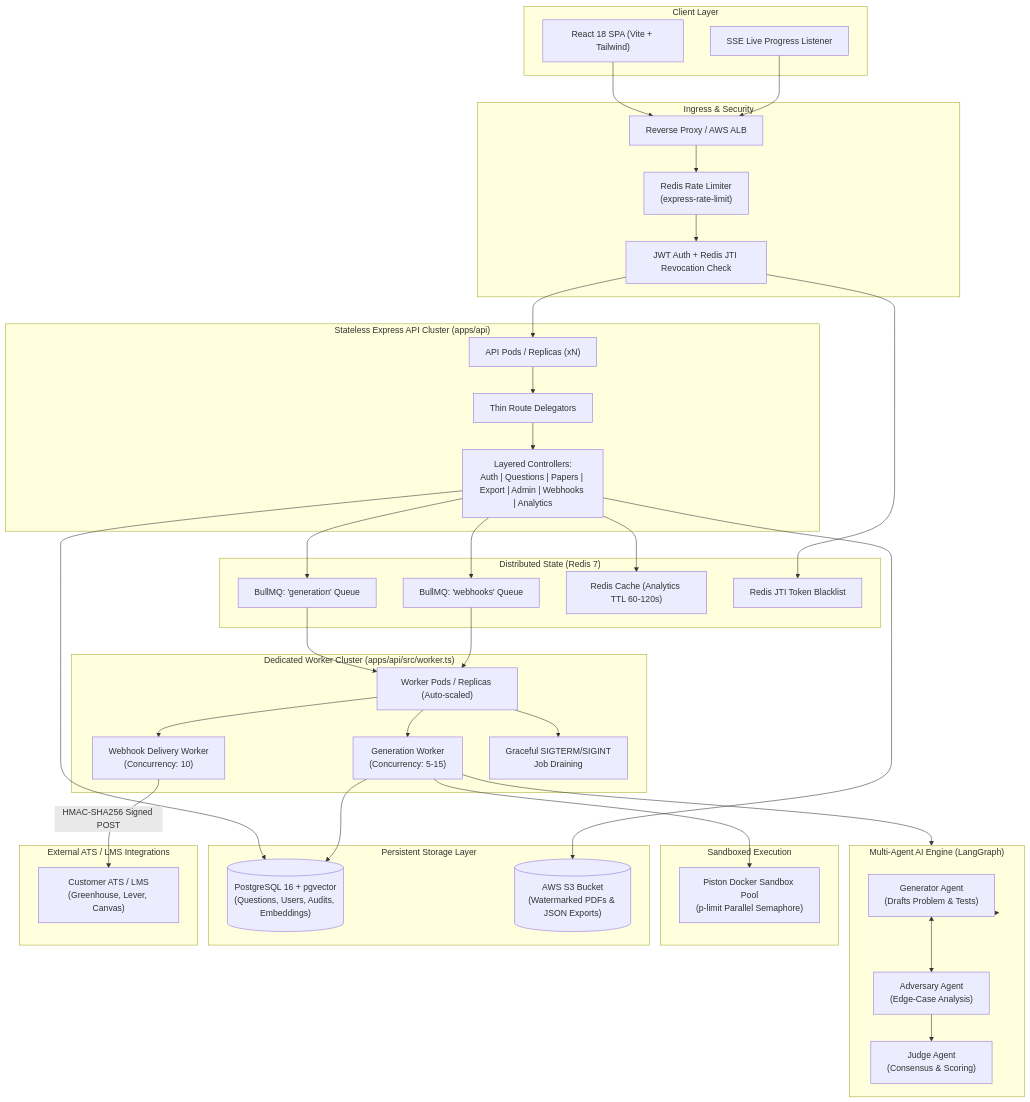
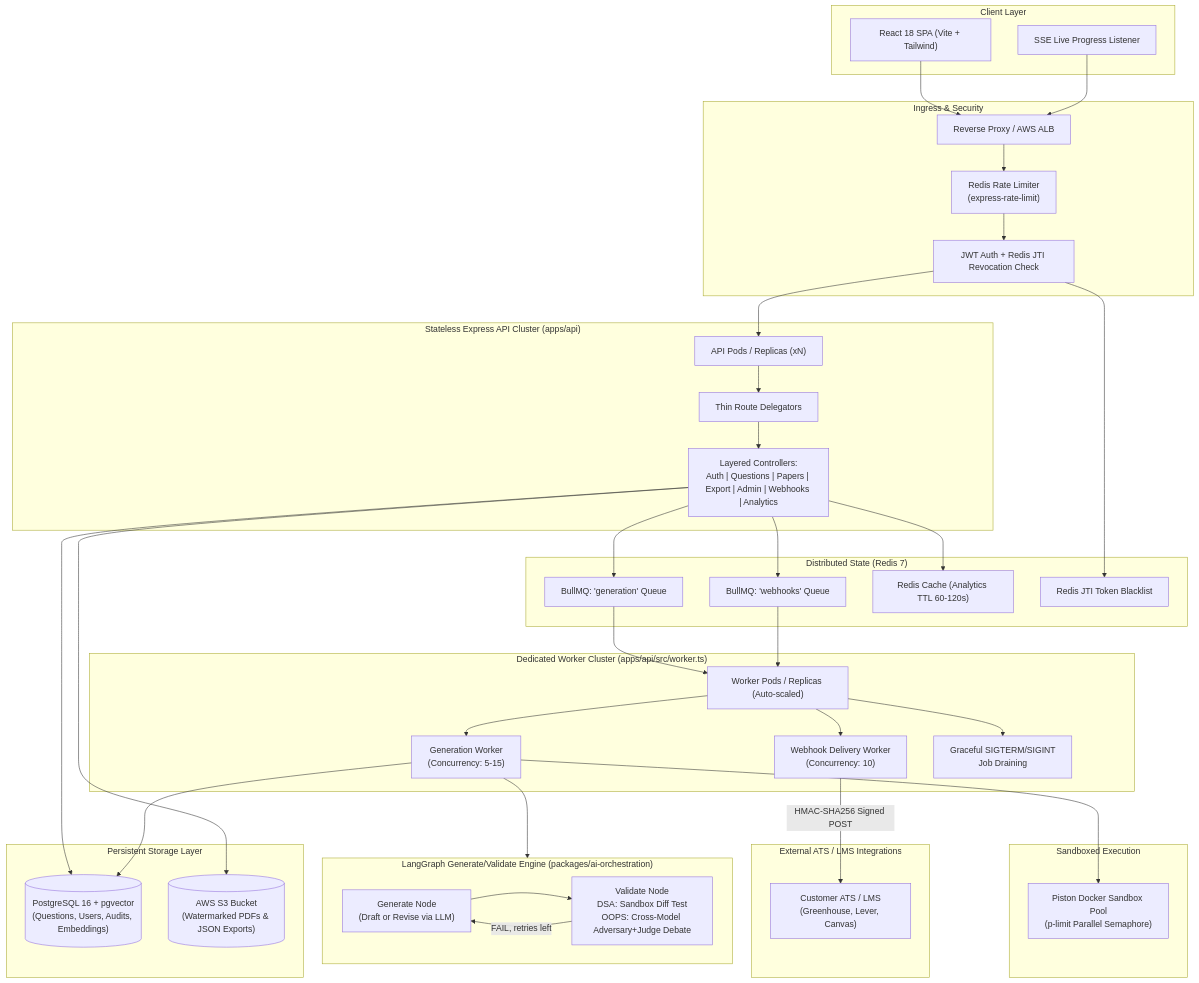
The first of 9 diagrams in README.md (yashsrivastava1408/QuestionForge), drawn with Mermaid before and after one commit. The commit also changed other lines of this file and 81 other files, not shown here.

Commit message:
feat: wire real LangGraph engine, ingestion pipeline, dedupe sandbox, fix CI, and correct doc/code drift

````diff
--- a/README.md
+++ b/README.md
@@ -203,77 +221,76 @@
 ```mermaid
 flowchart TD
     subgraph Clients ["Client Layer"]
         SPA["React 18 SPA (Vite + Tailwind)"]
         SSE_Stream["SSE Live Progress Listener"]
     end
 
     subgraph Gateway ["Ingress & Security"]
         Proxy["Reverse Proxy / AWS ALB"]
         RL["Redis Rate Limiter\n(express-rate-limit)"]
         AuthMid["JWT Auth + Redis JTI Revocation Check"]
     end
 
     subgraph API_Cluster ["Stateless Express API Cluster (apps/api)"]
         API_Replicas["API Pods / Replicas (xN)"]
         Router["Thin Route Delegators"]
         Controllers["Layered Controllers:\nAuth | Questions | Papers | Export | Admin | Webhooks | Analytics"]
     end
 
     subgraph Distributed_State ["Distributed State (Redis 7)"]
         Bull_Gen["BullMQ: 'generation' Queue"]
         Bull_Hook["BullMQ: 'webhooks' Queue"]
         Cache_Analytics["Redis Cache (Analytics TTL 60-120s)"]
         Blacklist["Redis JTI Token Blacklist"]
     end
 
     subgraph Worker_Cluster ["Dedicated Worker Cluster (apps/api/src/worker.ts)"]
         Worker_Pods["Worker Pods / Replicas (Auto-scaled)"]
         Gen_Worker["Generation Worker\n(Concurrency: 5-15)"]
         Hook_Worker["Webhook Delivery Worker\n(Concurrency: 10)"]
         SigDrain["Graceful SIGTERM/SIGINT\nJob Draining"]
     end
 
-    subgraph AI_Engine ["Multi-Agent AI Engine (LangGraph)"]
-        Generator["Generator Agent\n(Drafts Problem & Tests)"]
-        Adversary["Adversary Agent\n(Edge-Case Analysis)"]
-        Judge["Judge Agent\n(Consensus & Scoring)"]
+    subgraph AI_Engine ["LangGraph Generate/Validate Engine (packages/ai-orchestration)"]
+        Generate["Generate Node\n(Draft or Revise via LLM)"]
+        Validate["Validate Node\nDSA: Sandbox Diff Test\nOOPS: Cross-Model Adversary+Judge Debate"]
     end
 
     subgraph Execution ["Sandboxed Execution"]
         PistonPool["Piston Docker Sandbox Pool\n(p-limit Parallel Semaphore)"]
     end
 
     subgraph Storage ["Persistent Storage Layer"]
         Postgres[("PostgreSQL 16 + pgvector\n(Questions, Users, Audits, Embeddings)")]
         S3[("AWS S3 Bucket\n(Watermarked PDFs & JSON Exports)")]
     end
 
     subgraph External ["External ATS / LMS Integrations"]
         LMS["Customer ATS / LMS\n(Greenhouse, Lever, Canvas)"]
     end
 
     SPA --> Proxy
     SSE_Stream --> Proxy
     Proxy --> RL --> AuthMid --> API_Replicas
     API_Replicas --> Router --> Controllers
 
     Controllers --> Bull_Gen
     Controllers --> Bull_Hook
     Controllers --> Cache_Analytics
     Controllers --> Postgres
     Controllers --> S3
     AuthMid --> Blacklist
 
     Bull_Gen --> Worker_Pods
     Bull_Hook --> Worker_Pods
     Worker_Pods --> Gen_Worker & Hook_Worker
     Worker_Pods --> SigDrain
 
     Gen_Worker --> AI_Engine
-    AI_Engine --> Generator <--> Adversary
-    Adversary --> Judge
+    Generate --> Validate
+    Validate -->|"FAIL, retries left"| Generate
     Gen_Worker --> PistonPool
     Gen_Worker --> Postgres
 
     Hook_Worker -->|HMAC-SHA256 Signed POST| LMS
 ```
````
